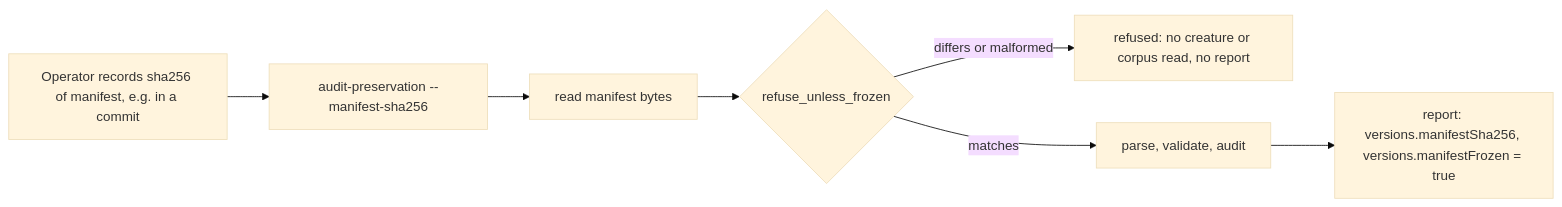
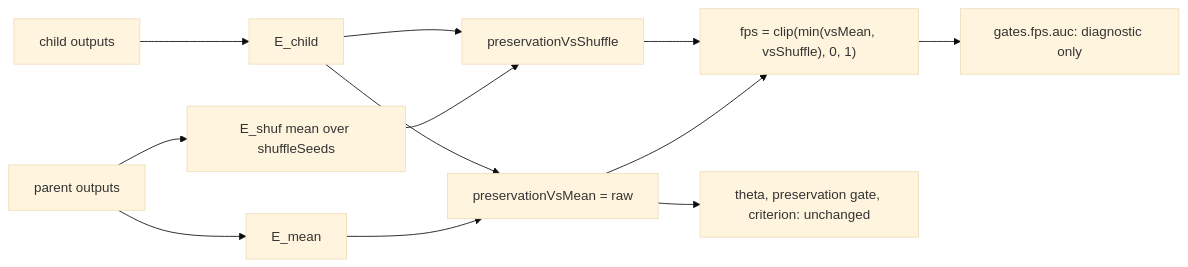
One commit to stSoftwareAU/NEAT-AI-Ockham changed the diagram in docs/archive/pr-summaries/pr-summary-264.md. Above: the diagram before and after it, drawn with Mermaid (base theme). The commit also changed other lines of this file, not shown here.

````diff
--- a/docs/archive/pr-summaries/pr-summary-264.md
+++ b/docs/archive/pr-summaries/pr-summary-264.md
@@ -61,9 +68,14 @@
 ```mermaid
 flowchart LR
-    R[Operator records sha256 of manifest, e.g. in a commit] --> C[audit-preservation --manifest-sha256]
-    C --> L[read manifest bytes]
-    L --> F{refuse_unless_frozen}
-    F -- differs or malformed --> X[refused: no creature or corpus read, no report]
-    F -- matches --> A[parse, validate, audit]
-    A --> O[report: versions.manifestSha256, versions.manifestFrozen = true]
+    P[parent outputs] --> M[E_mean]
+    P --> S[E_shuf mean over shuffleSeeds]
+    C[child outputs] --> E[E_child]
+    M --> V[preservationVsMean = raw]
+    S --> W[preservationVsShuffle]
+    E --> V
+    E --> W
+    V --> F["fps = clip(min(vsMean, vsShuffle), 0, 1)"]
+    W --> F
+    F --> D[gates.fps.auc: diagnostic only]
+    V --> G[theta, preservation gate, criterion: unchanged]
 ```
````
